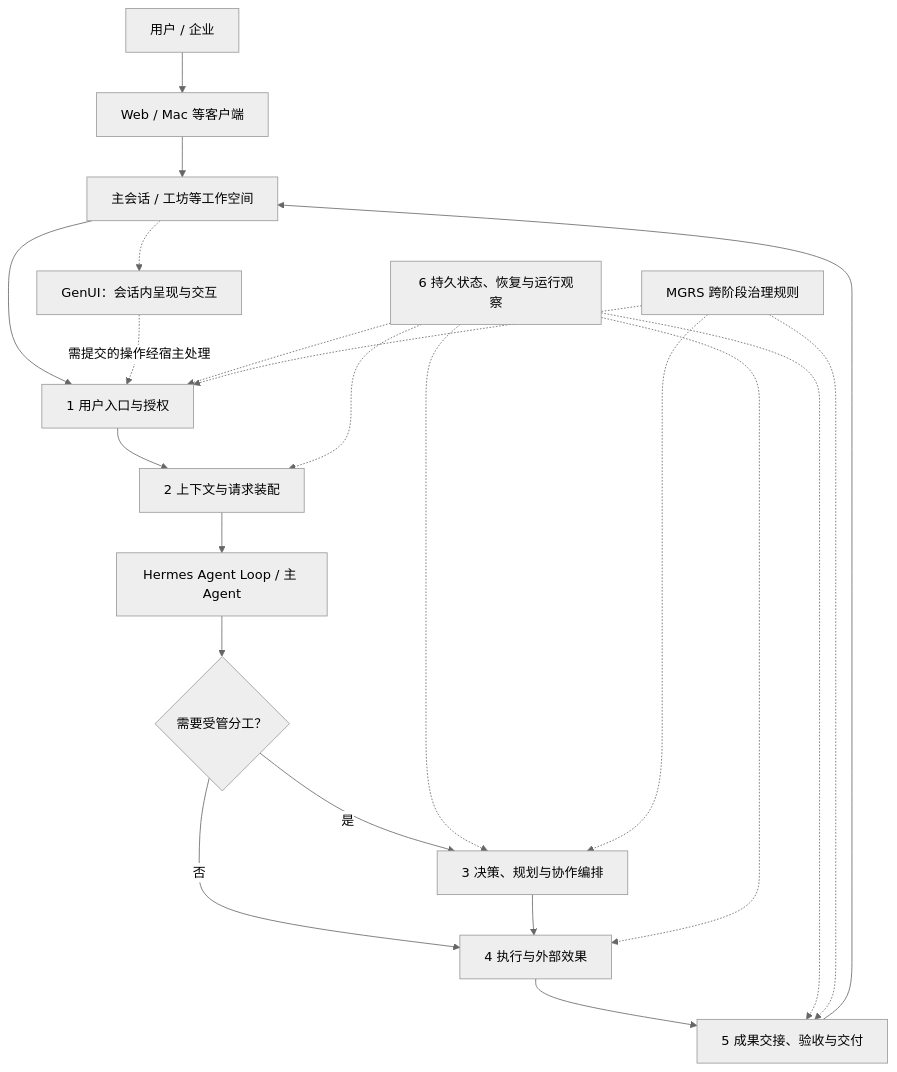
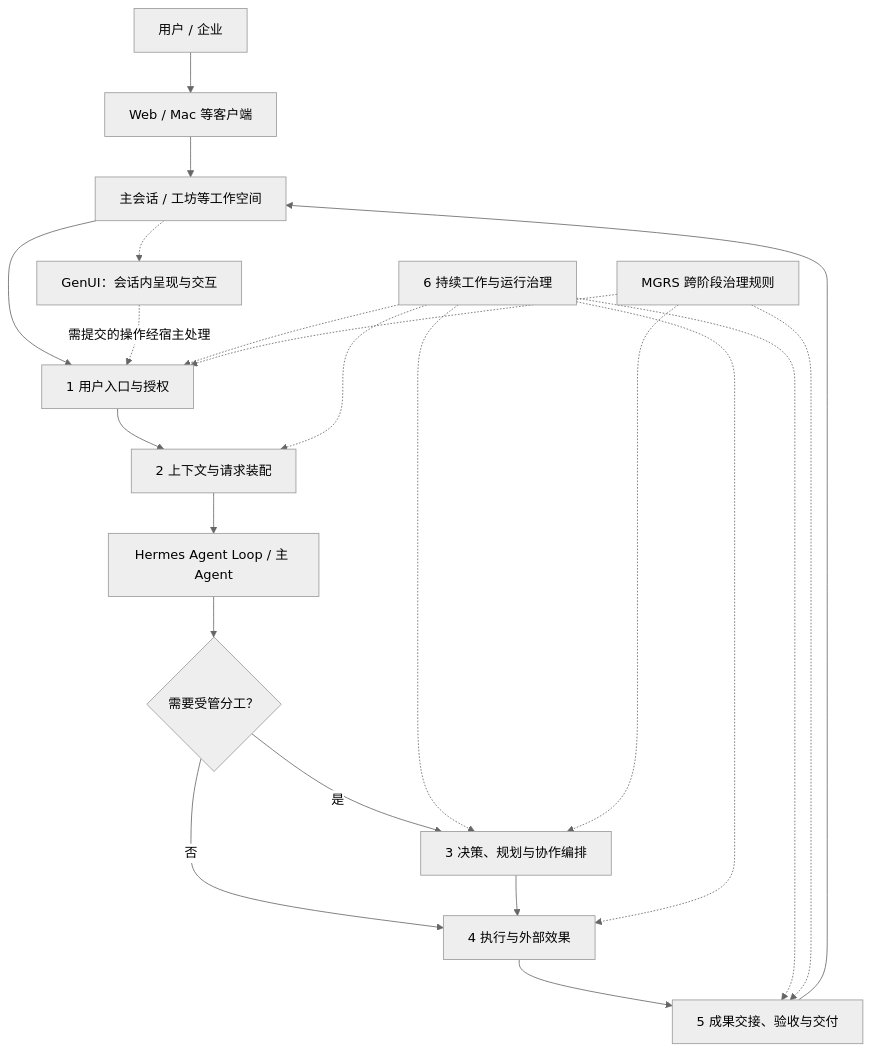
One commit to mor765504-gif/MGRS changed the diagram in MGRS.md. Above: the diagram before and after it, drawn with Mermaid (neutral theme). The commit also changed other lines of this file and 1 other file, not shown here.

````diff
--- a/MGRS.md
+++ b/MGRS.md
@@ -9,24 +9,24 @@
 ```mermaid
 flowchart TB
     USER["用户 / 企业"] --> CLIENT["Web / Mac 等客户端"]
     CLIENT --> SPACE["主会话 / 工坊等工作空间"]
     SPACE --> P1["1 用户入口与授权"]
     SPACE -.-> GENUI["GenUI：会话内呈现与交互"]
     GENUI -.->|"需提交的操作经宿主处理"| P1
     P1 --> P2["2 上下文与请求装配"]
     P2 --> AGENT["Hermes Agent Loop / 主 Agent"]
     AGENT --> DECIDE{"需要受管分工？"}
     DECIDE -->|"否"| P4["4 执行与外部效果"]
     DECIDE -->|"是"| P3["3 决策、规划与协作编排"]
     P3 --> P4
     P4 --> P5["5 成果交接、验收与交付"]
     P5 --> SPACE
-    STATE["6 持久状态、恢复与运行观察"] -.-> P1
+    STATE["6 持续工作与运行治理"] -.-> P1
     STATE -.-> P2
     STATE -.-> P3
     STATE -.-> P4
     STATE -.-> P5
     RULE["MGRS 跨阶段治理规则"] -.-> P1
     RULE -.-> P3
     RULE -.-> P5
 ```
````
